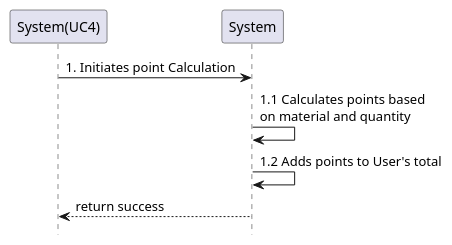
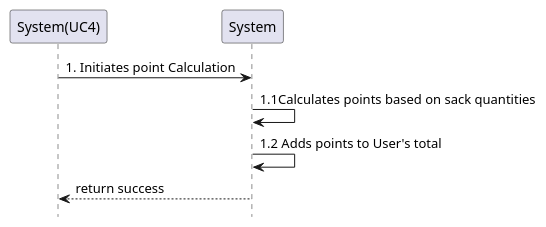
Before and after one commit to Sw33t23/DSSMV_ProjectDroid_1241270_1251443: the diagram in Documentation/puml/User Case 5.puml, drawn with PlantUML.

Commit message:
docs: Update Use Case 5

```diff
--- a/Documentation/puml/User Case 5.puml
+++ b/Documentation/puml/User Case 5.puml
@@ -1,11 +1,11 @@
 @startuml
 'https://plantuml.com/use-case-diagram
 hide footbox
 participant "System(UC4)" as UC4
 participant System
 
 UC4 -> System : 1. Initiates point Calculation
-System -> System: 1.1 Calculates points based\non material and quantity
+System -> System: 1.1Calculates points based on sack quantities
 System -> System: 1.2 Adds points to User's total
 System --> UC4: return success
 @enduml
```
